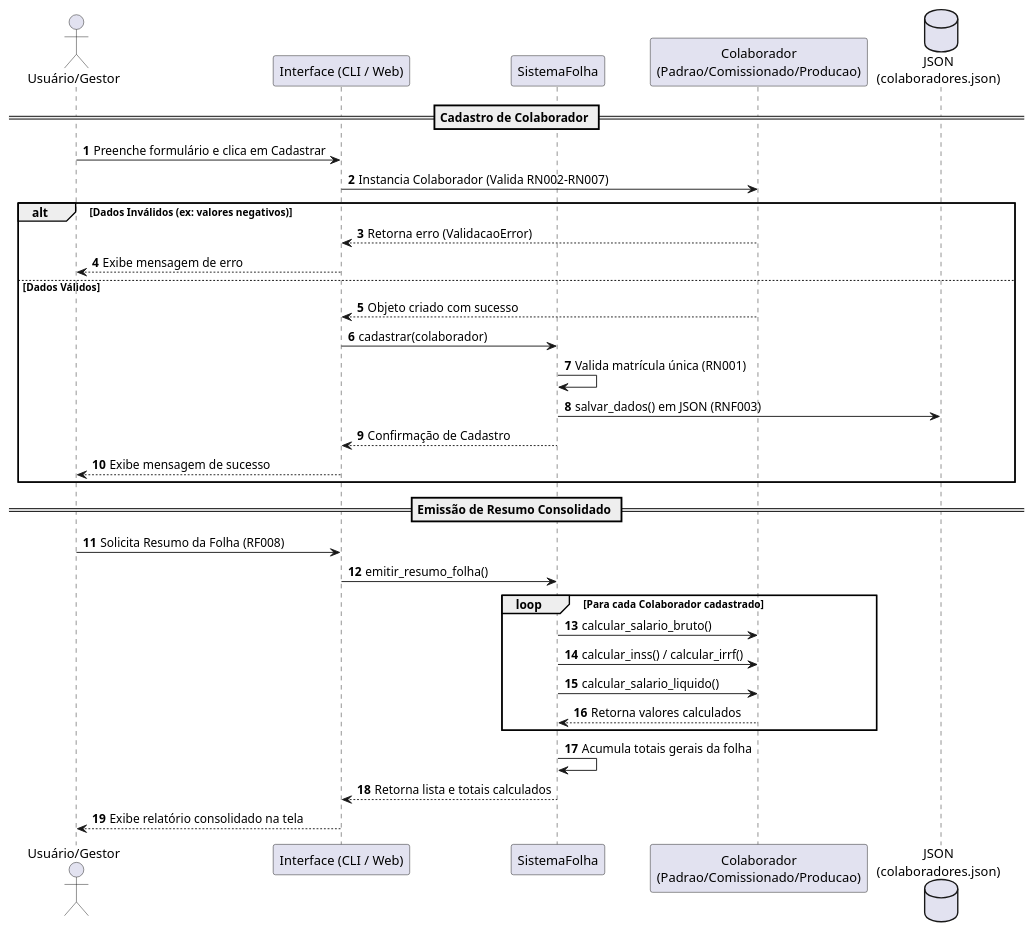
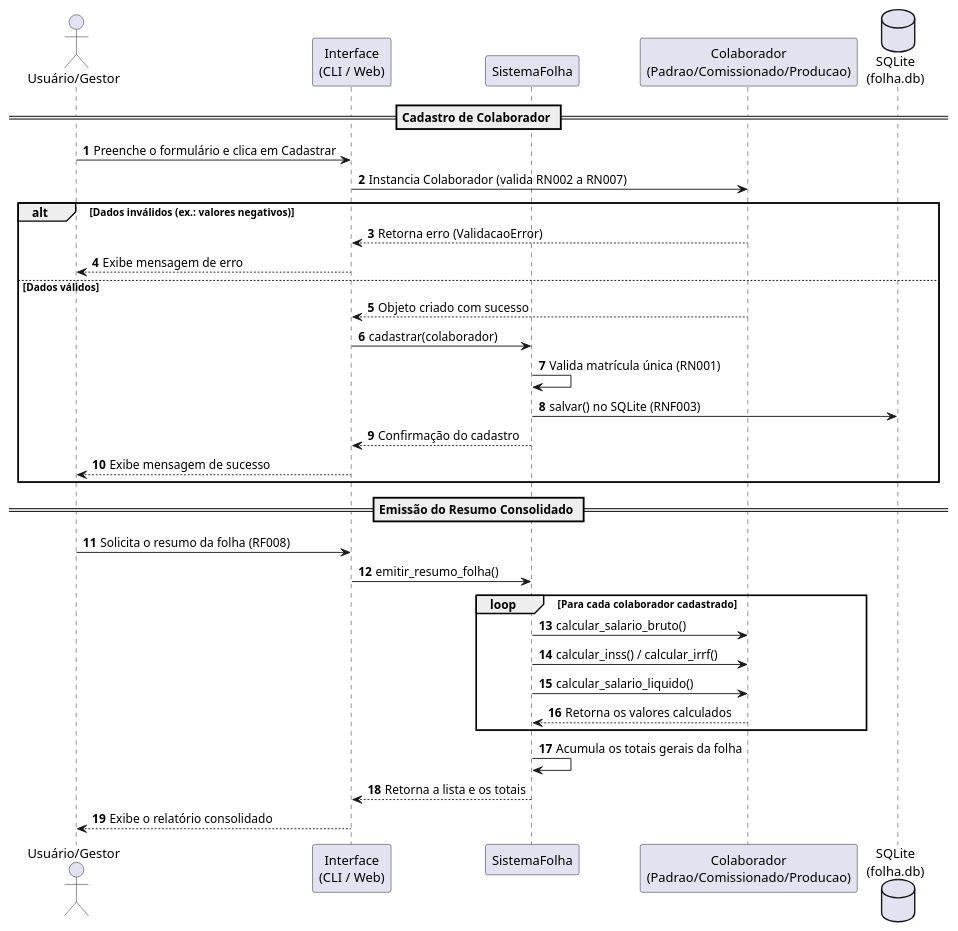
The diagram in 02_Analise/3.3-sequencia.puml (johnrosik/folha-pagamento-gqs), drawn with PlantUML before and after one commit. The commit also changed 6 other files, not shown here.

First line of the commit message:
Entrega da A1: documento Financy e diagramas UML corrigidos

```diff
--- a/02_Analise/3.3-sequencia.puml
+++ b/02_Analise/3.3-sequencia.puml
@@ -1,42 +1,34 @@
 @startuml
 autonumber
 actor "Usuário/Gestor" as Usuario
-participant "Interface (CLI / Web)" as Interface
+participant "Interface\n(CLI / Web)" as Interface
 participant "SistemaFolha" as Sistema
 participant "Colaborador\n(Padrao/Comissionado/Producao)" as Model
-database "JSON\n(colaboradores.json)" as DB
-
+database "SQLite\n(folha.db)" as DB
 == Cadastro de Colaborador ==
-
-Usuario -> Interface: Preenche formulário e clica em Cadastrar
-Interface -> Model: Instancia Colaborador (Valida RN002-RN007)
-
-alt Dados Inválidos (ex: valores negativos)
-    Model --> Interface: Retorna erro (ValidacaoError)
-    Interface --> Usuario: Exibe mensagem de erro
-else Dados Válidos
-    Model --> Interface: Objeto criado com sucesso
-    Interface -> Sistema: cadastrar(colaborador)
-    Sistema -> Sistema: Valida matrícula única (RN001)
-    Sistema -> DB: salvar_dados() em JSON (RNF003)
-    Sistema --> Interface: Confirmação de Cadastro
-    Interface --> Usuario: Exibe mensagem de sucesso
+Usuario -> Interface: Preenche o formulário e clica em Cadastrar
+Interface -> Model: Instancia Colaborador (valida RN002 a RN007)
+alt Dados inválidos (ex.: valores negativos)
+  Model --> Interface: Retorna erro (ValidacaoError)
+  Interface --> Usuario: Exibe mensagem de erro
+else Dados válidos
+  Model --> Interface: Objeto criado com sucesso
+  Interface -> Sistema: cadastrar(colaborador)
+  Sistema -> Sistema: Valida matrícula única (RN001)
+  Sistema -> DB: salvar() no SQLite (RNF003)
+  Sistema --> Interface: Confirmação do cadastro
+  Interface --> Usuario: Exibe mensagem de sucesso
 end
-
-== Emissão de Resumo Consolidado ==
-
-Usuario -> Interface: Solicita Resumo da Folha (RF008)
+== Emissão do Resumo Consolidado ==
+Usuario -> Interface: Solicita o resumo da folha (RF008)
 Interface -> Sistema: emitir_resumo_folha()
-
-loop Para cada Colaborador cadastrado
-    Sistema -> Model: calcular_salario_bruto()
-    Sistema -> Model: calcular_inss() / calcular_irrf()
-    Sistema -> Model: calcular_salario_liquido()
-    Model --> Sistema: Retorna valores calculados
+loop Para cada colaborador cadastrado
+  Sistema -> Model: calcular_salario_bruto()
+  Sistema -> Model: calcular_inss() / calcular_irrf()
+  Sistema -> Model: calcular_salario_liquido()
+  Model --> Sistema: Retorna os valores calculados
 end
-
-Sistema -> Sistema: Acumula totais gerais da folha
-Sistema --> Interface: Retorna lista e totais calculados
-Interface --> Usuario: Exibe relatório consolidado na tela
-
+Sistema -> Sistema: Acumula os totais gerais da folha
+Sistema --> Interface: Retorna a lista e os totais
+Interface --> Usuario: Exibe o relatório consolidado
 @enduml
```
